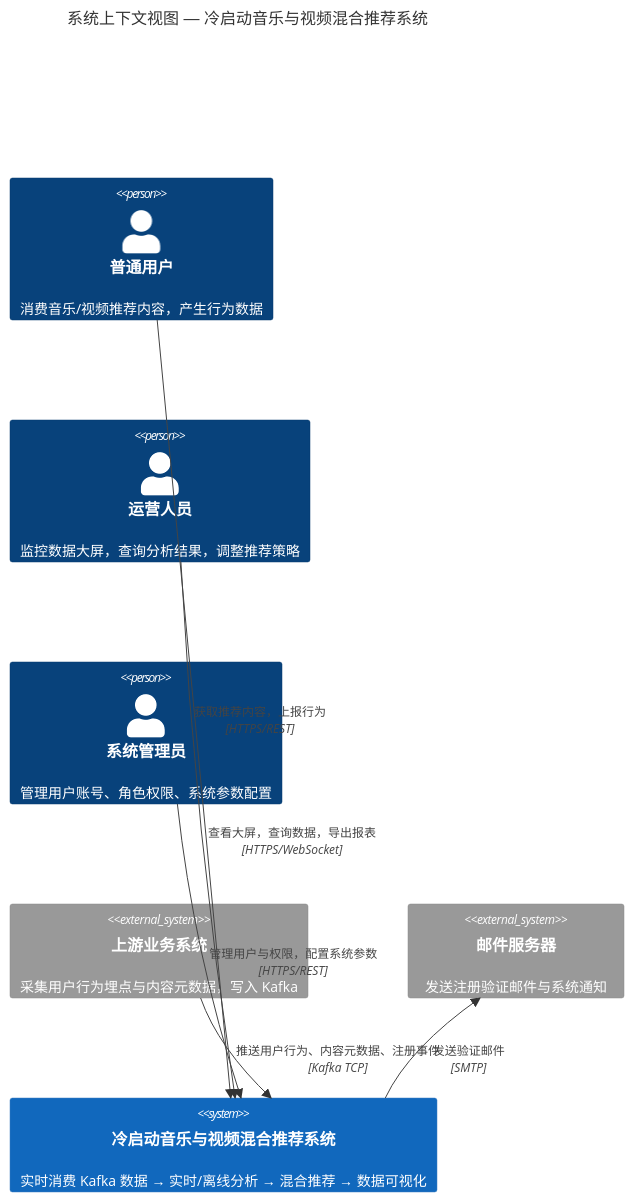
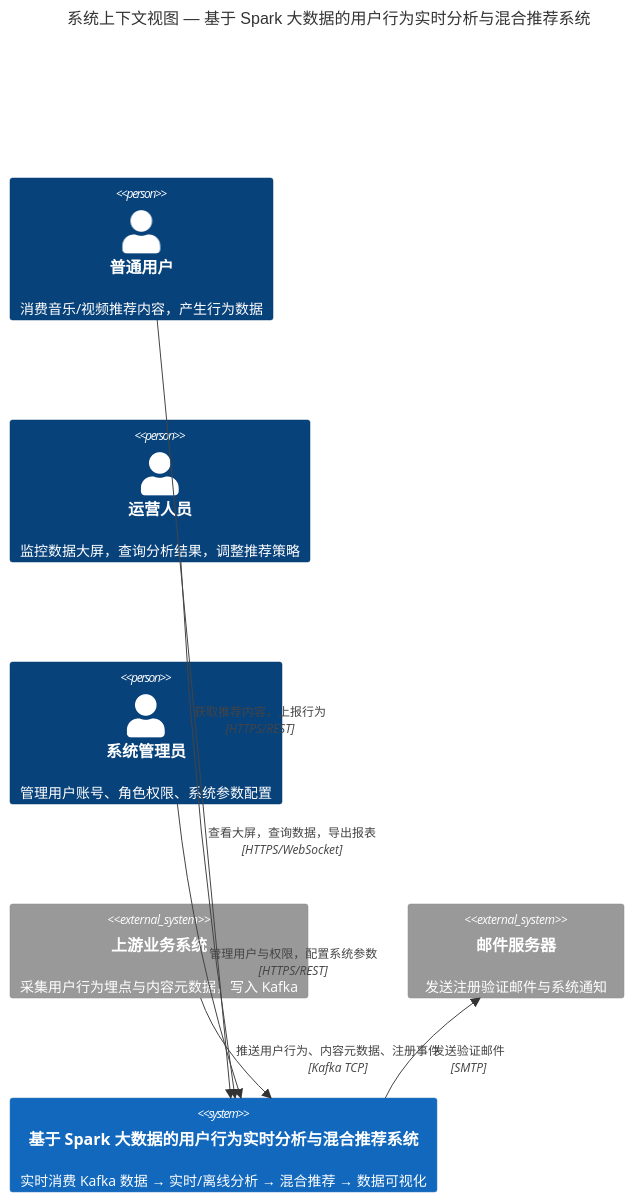
One commit to Baiworld/my-project changed the first of 9 diagrams in docs/C4架构视图.md. Above: the diagram before and after it, drawn with Mermaid. The commit also changed other lines of this file and 23 other files, not shown here.

````diff
--- a/docs/C4架构视图.md
+++ b/docs/C4架构视图.md
@@ -11,19 +11,19 @@
 ```mermaid
 C4Context
-    title 系统上下文视图 — 冷启动音乐与视频混合推荐系统
+    title 系统上下文视图 — 基于 Spark 大数据的用户行为实时分析与混合推荐系统
 
     Person(end_user, "普通用户", "消费音乐/视频推荐内容，产生行为数据")
     Person(operator, "运营人员", "监控数据大屏，查询分析结果，调整推荐策略")
     Person(admin, "系统管理员", "管理用户账号、角色权限、系统参数配置")
 
     System_Ext(upstream_cms, "上游业务系统", "采集用户行为埋点与内容元数据，写入 Kafka")
     System_Ext(email_srv, "邮件服务器", "发送注册验证邮件与系统通知")
 
-    System(hybrid_rec_sys, "冷启动音乐与视频混合推荐系统", "实时消费 Kafka 数据 → 实时/离线分析 → 混合推荐 → 数据可视化")
+    System(hybrid_rec_sys, "基于 Spark 大数据的用户行为实时分析与混合推荐系统", "实时消费 Kafka 数据 → 实时/离线分析 → 混合推荐 → 数据可视化")
 
     Rel(end_user, hybrid_rec_sys, "获取推荐内容，上报行为", "HTTPS/REST")
     Rel(operator, hybrid_rec_sys, "查看大屏，查询数据，导出报表", "HTTPS/WebSocket")
     Rel(admin, hybrid_rec_sys, "管理用户与权限，配置系统参数", "HTTPS/REST")
     Rel(upstream_cms, hybrid_rec_sys, "推送用户行为、内容元数据、注册事件", "Kafka TCP")
     Rel(hybrid_rec_sys, email_srv, "发送验证邮件", "SMTP")
 ```
````
